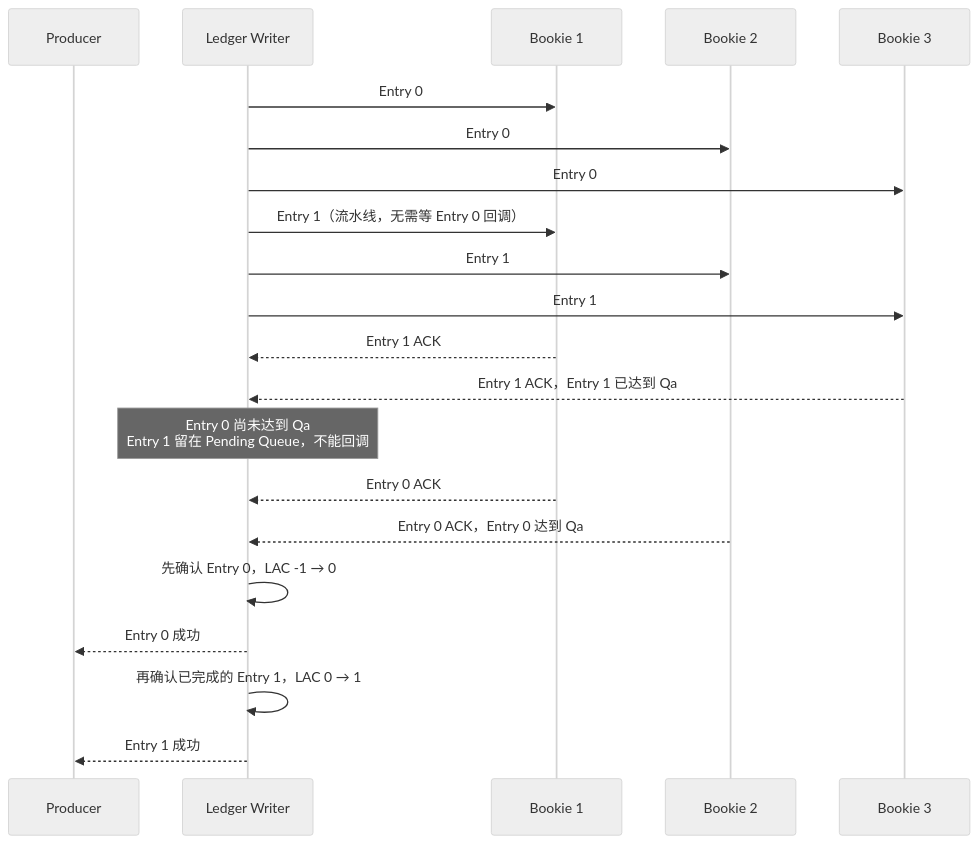
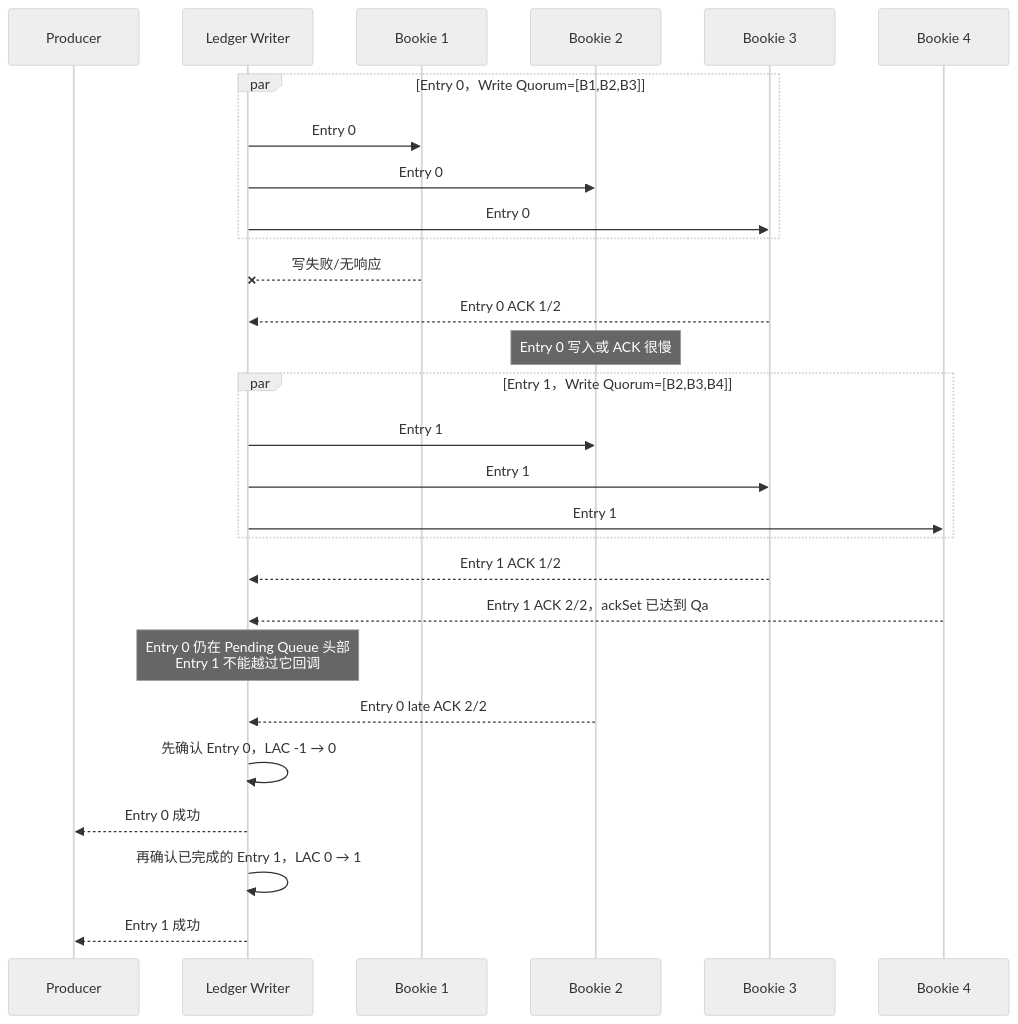
Before and after one commit to hotttao/backup: the fourth of 11 diagrams in posts/microservices/queue/032_pulsar_message_queue_implementation.md, drawn with Mermaid (neutral theme). The commit also changed other lines of this file and 1 other file, not shown here.

````diff
--- a/posts/microservices/queue/032_pulsar_message_queue_implementation.md
+++ b/posts/microservices/queue/032_pulsar_message_queue_implementation.md
@@ -195,26 +225,33 @@
 ```mermaid
 sequenceDiagram
     participant P as Producer
     participant W as Ledger Writer
     participant B1 as Bookie 1
     participant B2 as Bookie 2
     participant B3 as Bookie 3
+    participant B4 as Bookie 4
 
-    W->>B1: Entry 0
-    W->>B2: Entry 0
-    W->>B3: Entry 0
-    W->>B1: Entry 1（流水线，无需等 Entry 0 回调）
-    W->>B2: Entry 1
-    W->>B3: Entry 1
+    par Entry 0，Write Quorum=[B1,B2,B3]
+        W->>B1: Entry 0
+        W->>B2: Entry 0
+        W->>B3: Entry 0
+    end
+    B1--xW: 写失败/无响应
+    B3-->>W: Entry 0 ACK 1/2
+    Note over B2: Entry 0 写入或 ACK 很慢
 
-    B1-->>W: Entry 1 ACK
-    B3-->>W: Entry 1 ACK，Entry 1 已达到 Qa
-    Note over W: Entry 0 尚未达到 Qa<br/>Entry 1 留在 Pending Queue，不能回调
+    par Entry 1，Write Quorum=[B2,B3,B4]
+        W->>B2: Entry 1
+        W->>B3: Entry 1
+        W->>B4: Entry 1
+    end
+    B3-->>W: Entry 1 ACK 1/2
+    B4-->>W: Entry 1 ACK 2/2，ackSet 已达到 Qa
+    Note over W: Entry 0 仍在 Pending Queue 头部<br/>Entry 1 不能越过它回调
 
-    B1-->>W: Entry 0 ACK
-    B2-->>W: Entry 0 ACK，Entry 0 达到 Qa
+    B2-->>W: Entry 0 late ACK 2/2
     W->>W: 先确认 Entry 0，LAC -1 → 0
     W-->>P: Entry 0 成功
     W->>W: 再确认已完成的 Entry 1，LAC 0 → 1
     W-->>P: Entry 1 成功
 ```
````
